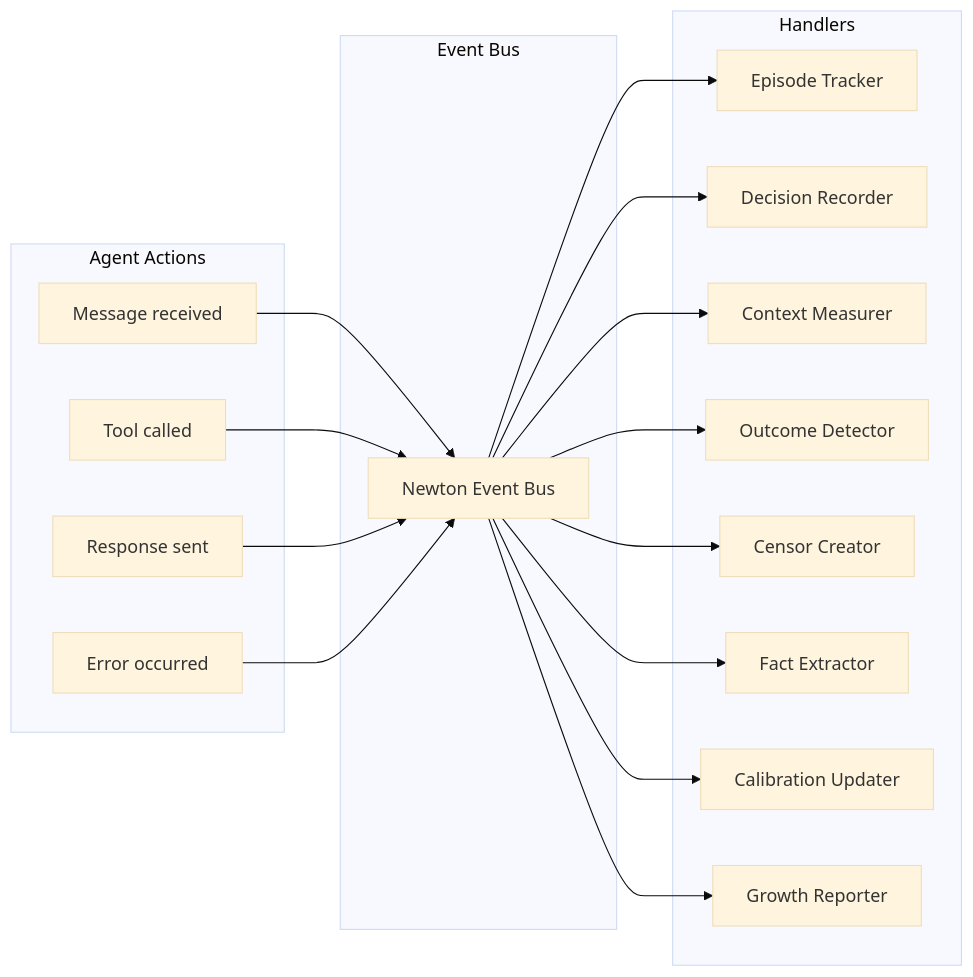
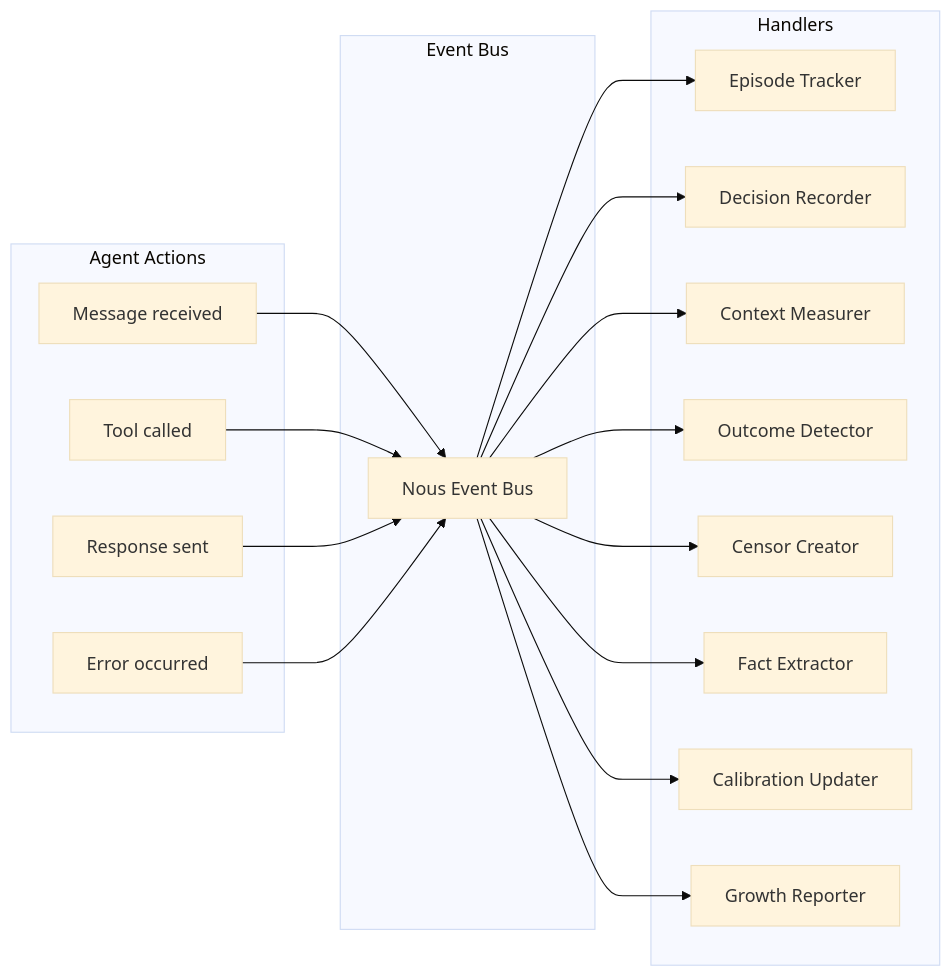
The diagram in docs/research/012-automation-pipeline.md (tfatykhov/newton), drawn with Mermaid (base theme) before and after one commit. The commit also changed other lines of this file and 19 other files, not shown here.

First line of the commit message:
rename: Newton → Nous

````diff
--- a/docs/research/012-automation-pipeline.md
+++ b/docs/research/012-automation-pipeline.md
@@ -11,38 +11,38 @@
 ```mermaid
 graph LR
     subgraph "Agent Actions"
         A1[Message received]
         A2[Tool called]
         A3[Response sent]
         A4[Error occurred]
     end
 
     subgraph "Event Bus"
-        EB[Newton Event Bus]
+        EB[Nous Event Bus]
     end
 
     subgraph "Handlers"
         H1[Episode Tracker]
         H2[Decision Recorder]
         H3[Context Measurer]
         H4[Outcome Detector]
         H5[Censor Creator]
         H6[Fact Extractor]
         H7[Calibration Updater]
         H8[Growth Reporter]
     end
 
     A1 --> EB
     A2 --> EB
     A3 --> EB
     A4 --> EB
 
     EB --> H1
     EB --> H2
     EB --> H3
     EB --> H4
     EB --> H5
     EB --> H6
     EB --> H7
     EB --> H8
 ```
````
